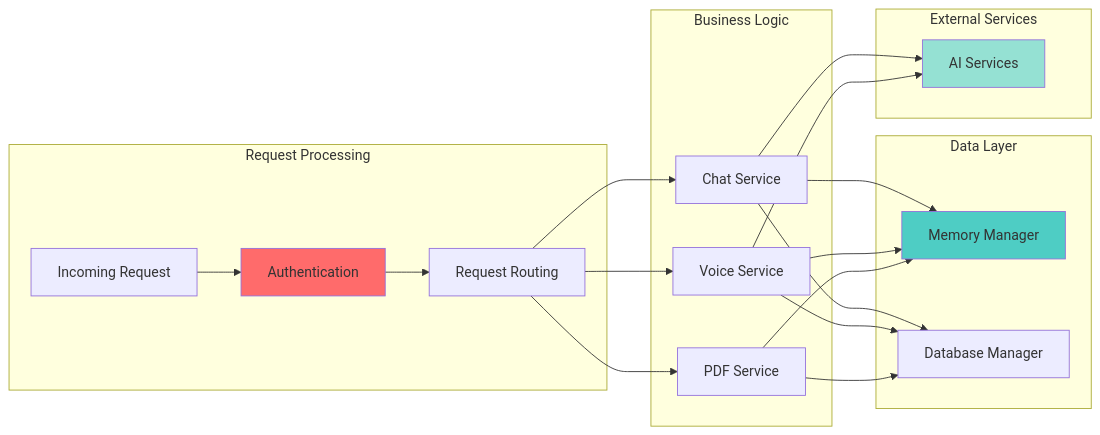
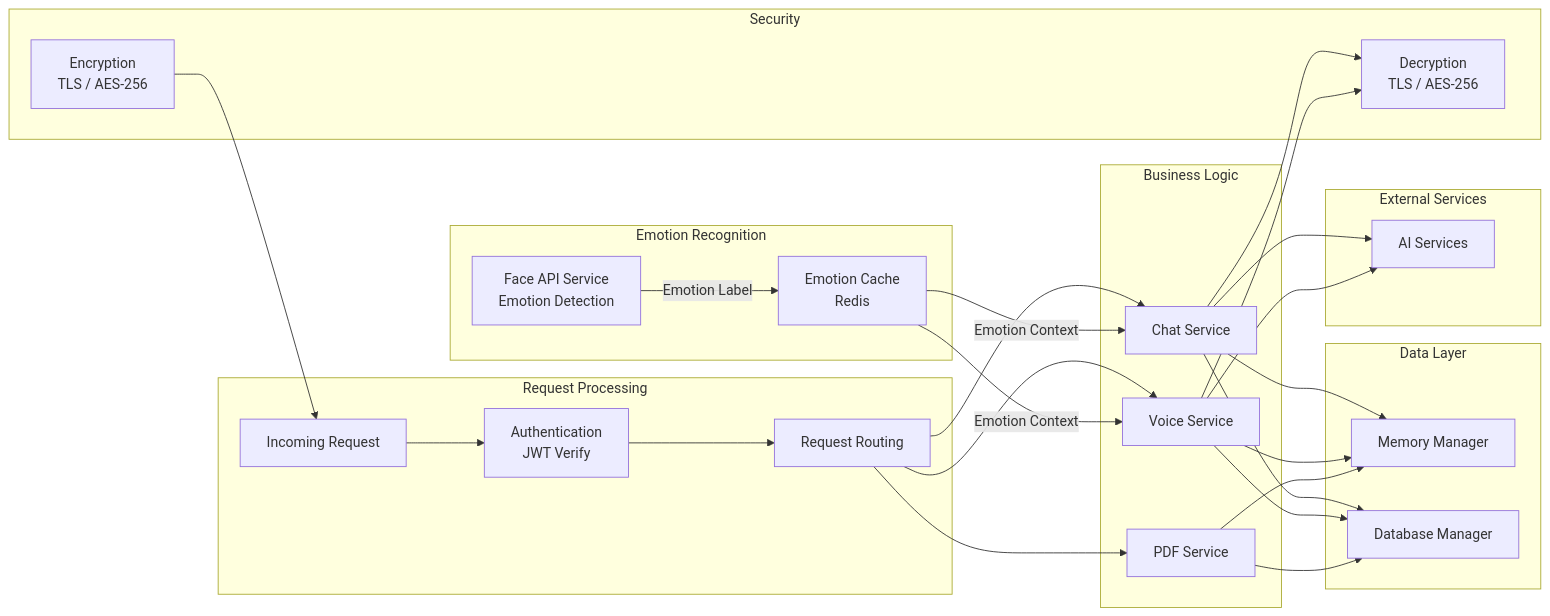
One commit to Shashwat-Akhilesh-Shukla/Cognitive-AI changed the second of 18 diagrams in RESEARCH.md. Above: the diagram before and after it, drawn with Mermaid. The commit also changed other lines of this file and 4 other files, not shown here.

````diff
--- a/RESEARCH.md
+++ b/RESEARCH.md
@@ -149,44 +161,58 @@
 ```mermaid
 graph LR
+    subgraph "Security"
+        ENCRYPT[Encryption<br/>TLS / AES-256]
+        DECRYPT[Decryption<br/>TLS / AES-256]
+    end
+
     subgraph "Request Processing"
         REQ[Incoming Request]
-        AUTH[Authentication]
+        AUTH[Authentication<br/>JWT Verify]
         ROUTE[Request Routing]
     end
-    
+
+    subgraph "Emotion Recognition"
+        FACE_SVC[Face API Service<br/>Emotion Detection]
+        EMOTION_STORE[Emotion Cache<br/>Redis]
+    end
+
     subgraph "Business Logic"
         CHAT_SVC[Chat Service]
         VOICE_SVC[Voice Service]
         PDF_SVC[PDF Service]
     end
-    
+
     subgraph "Data Layer"
         MEM[Memory Manager]
         DB[Database Manager]
     end
-    
+
     subgraph "External Services"
         AI[AI Services]
     end
-    
+
+    ENCRYPT --> REQ
     REQ --> AUTH
     AUTH --> ROUTE
     ROUTE --> CHAT_SVC
     ROUTE --> VOICE_SVC
     ROUTE --> PDF_SVC
-    
+
+    FACE_SVC -->|Emotion Label| EMOTION_STORE
+    EMOTION_STORE -->|Emotion Context| CHAT_SVC
+    EMOTION_STORE -->|Emotion Context| VOICE_SVC
+
     CHAT_SVC --> MEM
     CHAT_SVC --> DB
     CHAT_SVC --> AI
-    
+
     VOICE_SVC --> MEM
     VOICE_SVC --> DB
     VOICE_SVC --> AI
-    
+
     PDF_SVC --> MEM
     PDF_SVC --> DB
-    
-    style AUTH fill:#ff6b6b
-    style MEM fill:#4ecdc4
-    style AI fill:#95e1d3
+
+    CHAT_SVC --> DECRYPT
+    VOICE_SVC --> DECRYPT
 ```
````
